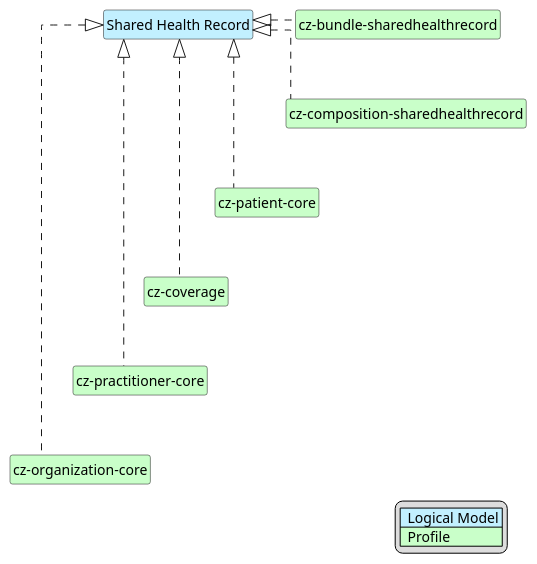
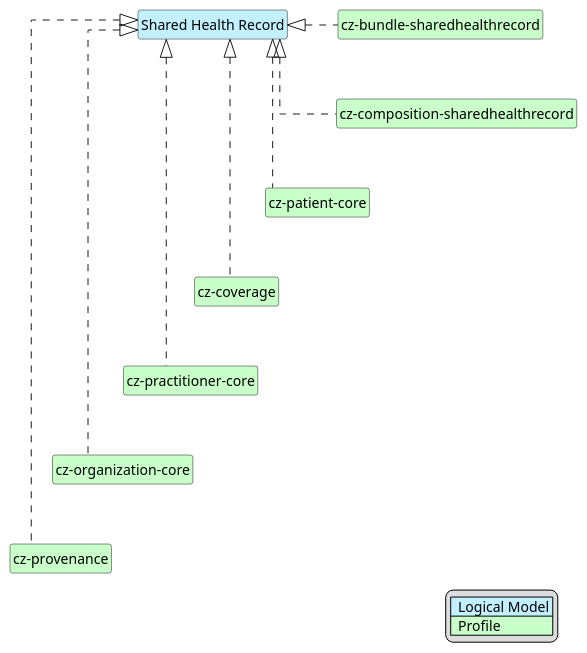
One commit to HL7-cz/szz changed the diagram in input/images-source/szzHead-map.plantuml. Above: the diagram before and after it, drawn with PlantUML. The commit also changed 17 other files, not shown here.

```diff
--- a/input/images-source/szzHead-map.plantuml
+++ b/input/images-source/szzHead-map.plantuml
@@ -1,36 +1,39 @@
 @startuml
 hide circle
 hide stereotype
 hide members
 hide methods
 skinparam linetype ortho
 skinparam class {
 BackgroundColor<<LogicalModel>> #APPLICATION
 BackgroundColor<<Profile>> #TECHNOLOGY
 }
 legend right
 | <#APPLICATION>  Logical Model |
 | <#TECHNOLOGY>  Profile |
 endlegend
 class "Shared Health Record" <<LogicalModel>> [[StructureDefinition-HeaderSzzCz.html]]
 
 class "cz-organization-core" <<Profile>> [[https://build.fhir.org/ig/HL7-cz/cz-core/StructureDefinition-cz-organization-core.html]]
 class "cz-coverage" <<Profile>> [[https://build.fhir.org/ig/HL7-cz/cz-core/StructureDefinition-cz-coverage.html]]
 class "cz-patient-core" <<Profile>> [[https://build.fhir.org/ig/HL7-cz/cz-core/StructureDefinition-cz-patient-core.html]]
 class "cz-practitioner-core" <<Profile>> [[https://build.fhir.org/ig/HL7-cz/cz-core/StructureDefinition-cz-practitioner-core.html]]
 class "cz-bundle-sharedhealthrecord" <<Profile>> [[StructureDefinition-cz-bundle-sharedhealthrecord.html]]
 class "cz-composition-sharedhealthrecord" <<Profile>> [[StructureDefinition-cz-composition-sharedhealthrecord.html]]
+class "cz-provenance" <<Profile>> [[https://build.fhir.org/ig/HL7-cz/cz-core/StructureDefinition-cz-provenance.html]]
 
 "Shared Health Record" <|. "cz-composition-sharedhealthrecord"
 "Shared Health Record" <|. "cz-bundle-sharedhealthrecord"
 "Shared Health Record" <|. "cz-patient-core"
 "Shared Health Record" <|. "cz-coverage"
 "Shared Health Record" <|. "cz-practitioner-core"
 "Shared Health Record" <|. "cz-organization-core"
+"Shared Health Record" <|. "cz-provenance"
 
 "cz-bundle-sharedhealthrecord" -d[hidden]-> "cz-composition-sharedhealthrecord"
 "cz-composition-sharedhealthrecord" -d[hidden]-> "cz-patient-core"
 "cz-patient-core" -d[hidden]-> "cz-coverage"
 "cz-coverage" -d[hidden]-> "cz-practitioner-core"
 "cz-practitioner-core" -d[hidden]-> "cz-organization-core"
+"cz-organization-core" -d[hidden]-> "cz-provenance"
 @enduml
```
